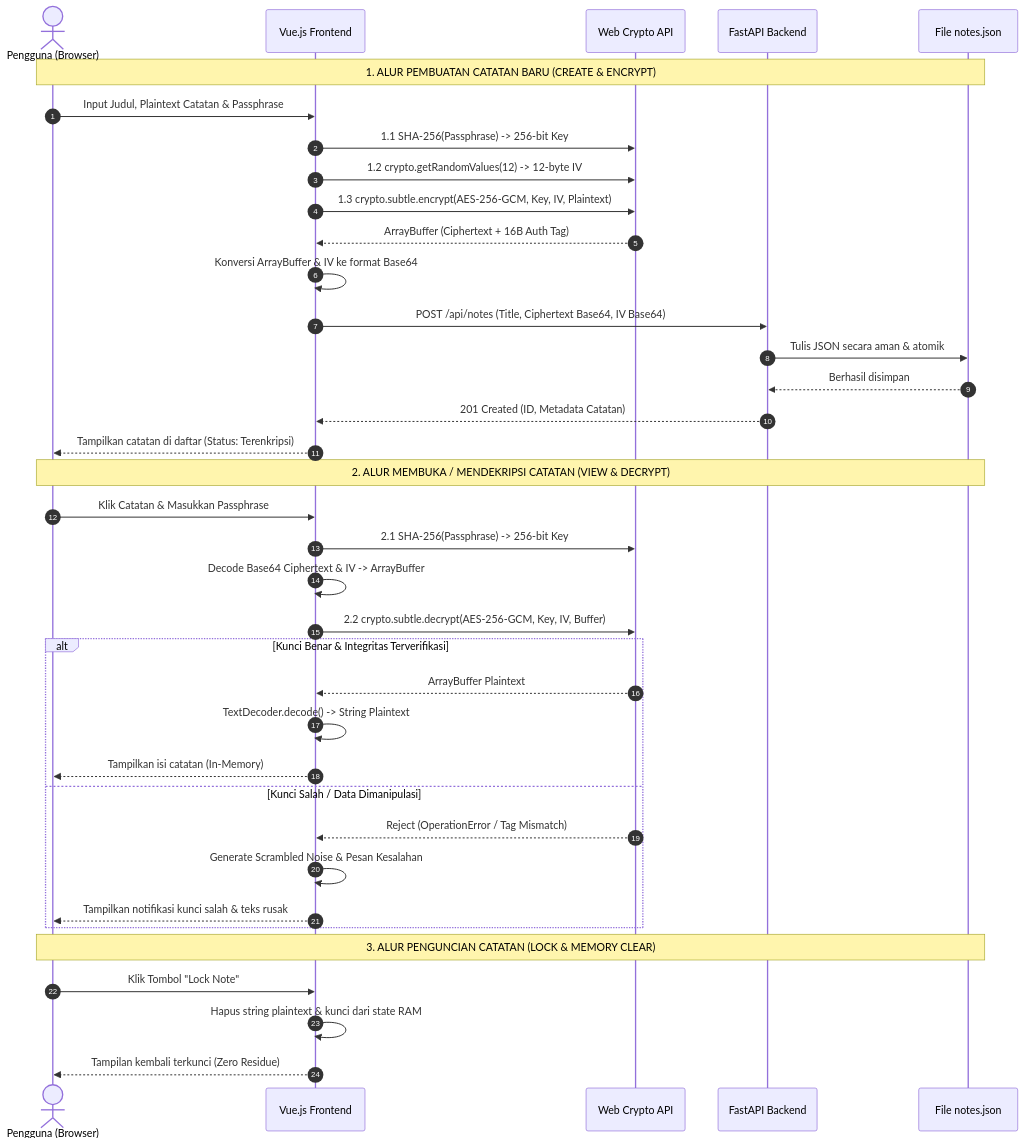
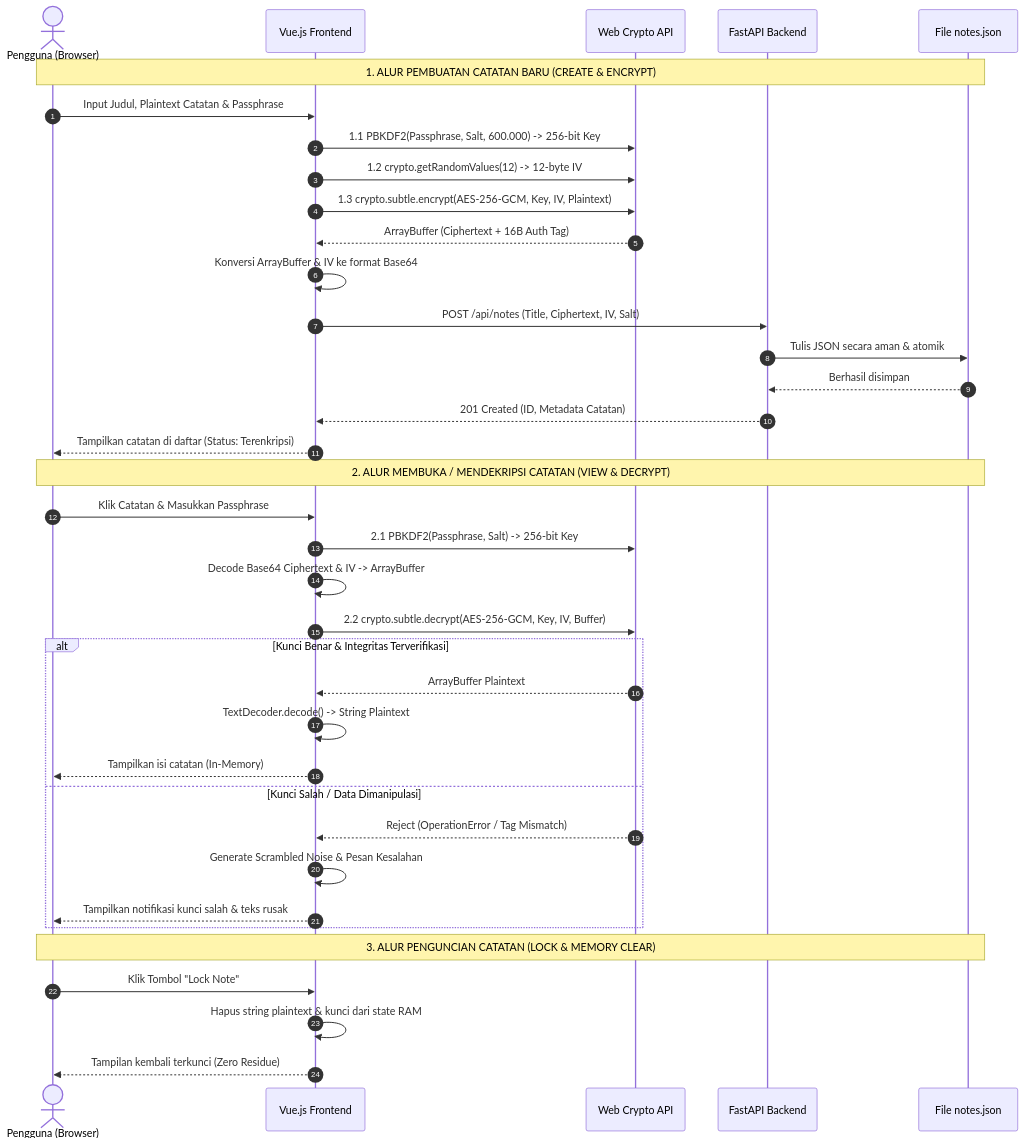
One commit to Dhede16/personal-secret-notes changed the diagram in explain.md. Above: the diagram before and after it, drawn with Mermaid. The commit also changed other lines of this file and 13 other files, not shown here.

````diff
--- a/explain.md
+++ b/explain.md
@@ -98,45 +139,45 @@
 ```mermaid
 sequenceDiagram
     autonumber
     actor User as Pengguna (Browser)
     participant UI as Vue.js Frontend
     participant Crypto as Web Crypto API
     participant API as FastAPI Backend
     participant Storage as File notes.json
 
     %% CREATE NOTE FLOW
     Note over User, Storage: 1. ALUR PEMBUATAN CATATAN BARU (CREATE & ENCRYPT)
     User->>UI: Input Judul, Plaintext Catatan & Passphrase
-    UI->>Crypto: 1.1 SHA-256(Passphrase) -> 256-bit Key
+    UI->>Crypto: 1.1 PBKDF2(Passphrase, Salt, 600.000) -> 256-bit Key
     UI->>Crypto: 1.2 crypto.getRandomValues(12) -> 12-byte IV
     UI->>Crypto: 1.3 crypto.subtle.encrypt(AES-256-GCM, Key, IV, Plaintext)
     Crypto-->>UI: ArrayBuffer (Ciphertext + 16B Auth Tag)
     UI->>UI: Konversi ArrayBuffer & IV ke format Base64
-    UI->>API: POST /api/notes (Title, Ciphertext Base64, IV Base64)
+    UI->>API: POST /api/notes (Title, Ciphertext, IV, Salt)
     API->>Storage: Tulis JSON secara aman & atomik
     Storage-->>API: Berhasil disimpan
     API-->>UI: 201 Created (ID, Metadata Catatan)
     UI-->>User: Tampilkan catatan di daftar (Status: Terenkripsi)
 
     %% DECRYPT NOTE FLOW
     Note over User, Storage: 2. ALUR MEMBUKA / MENDEKRIPSI CATATAN (VIEW & DECRYPT)
     User->>UI: Klik Catatan & Masukkan Passphrase
-    UI->>Crypto: 2.1 SHA-256(Passphrase) -> 256-bit Key
+    UI->>Crypto: 2.1 PBKDF2(Passphrase, Salt) -> 256-bit Key
     UI->>UI: Decode Base64 Ciphertext & IV -> ArrayBuffer
     UI->>Crypto: 2.2 crypto.subtle.decrypt(AES-256-GCM, Key, IV, Buffer)
     alt Kunci Benar & Integritas Terverifikasi
         Crypto-->>UI: ArrayBuffer Plaintext
         UI->>UI: TextDecoder.decode() -> String Plaintext
         UI-->>User: Tampilkan isi catatan (In-Memory)
     else Kunci Salah / Data Dimanipulasi
         Crypto-->>UI: Reject (OperationError / Tag Mismatch)
         UI->>UI: Generate Scrambled Noise & Pesan Kesalahan
         UI-->>User: Tampilkan notifikasi kunci salah & teks rusak
     end
 
     %% LOCK NOTE FLOW
     Note over User, Storage: 3. ALUR PENGUNCIAN CATATAN (LOCK & MEMORY CLEAR)
     User->>UI: Klik Tombol "Lock Note"
     UI->>UI: Hapus string plaintext & kunci dari state RAM
     UI-->>User: Tampilan kembali terkunci (Zero Residue)
 ```
````
